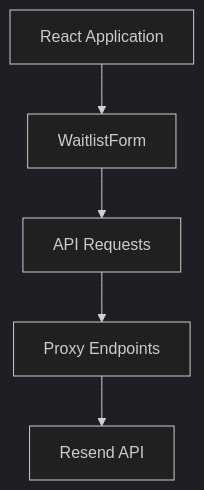
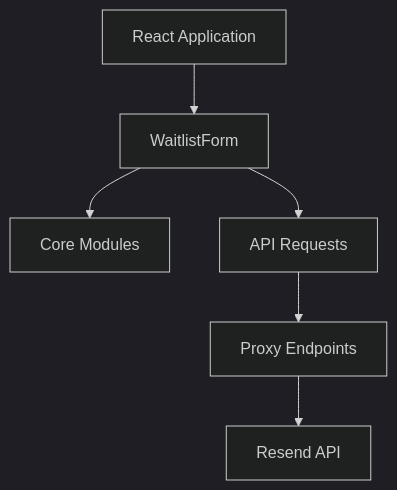
Before and after one commit to pmatheusvinhas/react-waitlist: the third of 5 diagrams in docs/architecture.md, drawn with Mermaid (dark theme). The commit also changed other lines of this file and 40 other files, not shown here.

Commit message:
refactor: implement modular architecture and remove compatibility layer

````diff
--- a/docs/architecture.md
+++ b/docs/architecture.md
@@ -57,7 +80,8 @@
 ```mermaid
 graph TD
     A[React Application] --> B[WaitlistForm]
-    B --> C[API Requests]
-    C --> D[Proxy Endpoints]
-    D --> E[Resend API]
+    B --> C[Core Modules]
+    B --> D[API Requests]
+    D --> E[Proxy Endpoints]
+    E --> F[Resend API]
 ```
````
